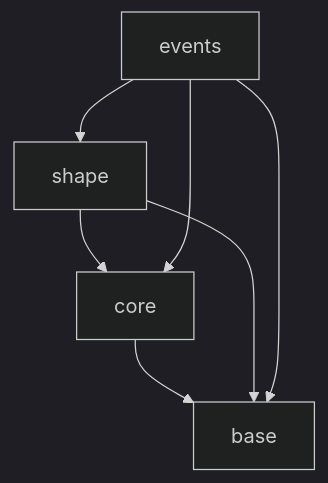
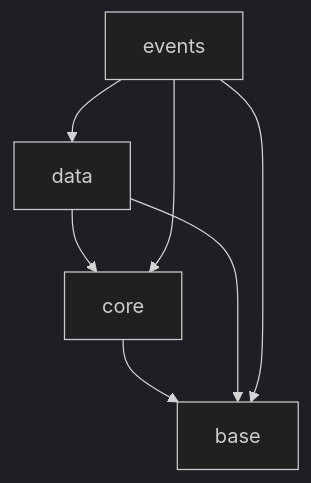
The diagram in src/features/svg-canvas/MODULE_DEPENDENCY_RULES.md (gznnk/json-draw-prealph), drawn with Mermaid (dark theme) before and after one commit. The commit also changed other lines of this file and 57 other files, not shown here.

Commit message:
shape→data

````diff
--- a/src/features/svg-canvas/MODULE_DEPENDENCY_RULES.md
+++ b/src/features/svg-canvas/MODULE_DEPENDENCY_RULES.md
@@ -11,9 +11,9 @@
 ```mermaid
 graph TD
     core --> base
-    shape --> base
-    shape --> core
+    data --> base
+    data --> core
     events --> base
     events --> core
-    events --> shape
+    events --> data
 ```
````
